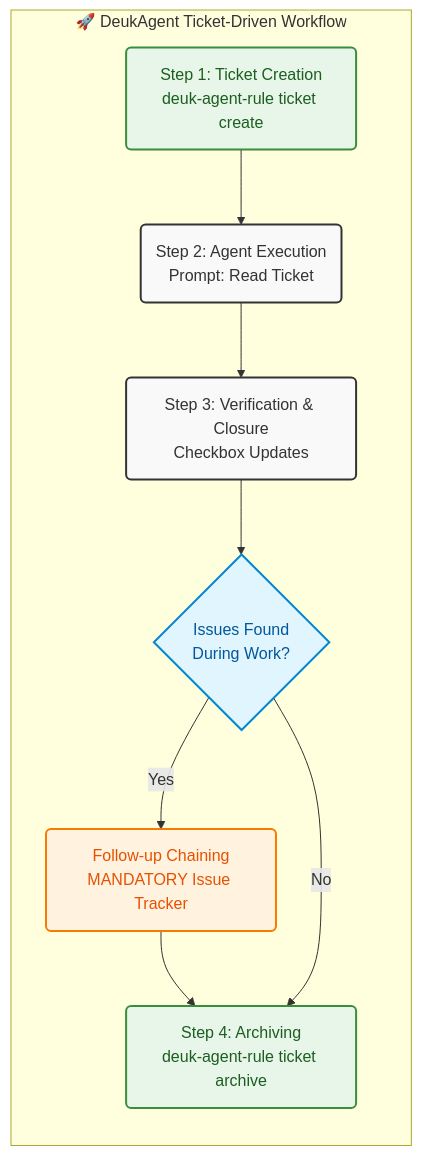
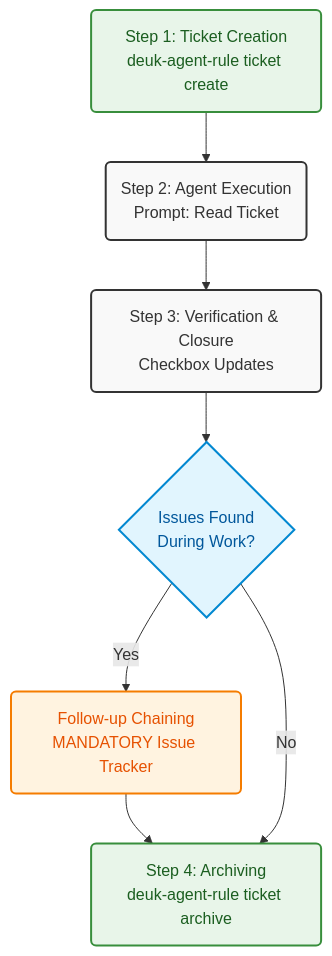
The diagram in README.ko.md (joygram/DeukAgentRules), drawn with Mermaid before and after one commit. The commit also changed 1 other file, not shown here.

Commit message:
docs: remove flowchart and subgraph for mermaid v8.8.0 backward compatibility

````diff
--- a/README.ko.md
+++ b/README.ko.md
@@ -86,19 +86,16 @@
 ```mermaid
-flowchart TD
+graph TD
     classDef phase fill:#f9f9f9,stroke:#333,stroke-width:2px,color:#333;
     classDef decision fill:#e1f5fe,stroke:#0288d1,stroke-width:2px,color:#01579b;
     classDef action fill:#e8f5e9,stroke:#388e3c,stroke-width:2px,color:#1b5e20;
     classDef highlight fill:#fff3e0,stroke:#f57c00,stroke-width:2px,color:#e65100;
 
-    subgraph TDD [🚀 DeukAgent Ticket-Driven Workflow]
-        direction TB
-        A(Step 1: Ticket Creation<br>deuk-agent-rule ticket create):::action --> B(Step 2: Agent Execution<br>Prompt: Read Ticket):::phase
-        B --> C(Step 3: Verification & Closure<br>Checkbox Updates):::phase
-        
-        C --> D{Issues Found<br>During Work?}:::decision
-        
-        D -->|Yes| E(Follow-up Chaining<br>MANDATORY Issue Tracker):::highlight
-        E --> F(Step 4: Archiving<br>deuk-agent-rule ticket archive):::action
-        D -->|No| F
-    end
+    A(Step 1: Ticket Creation<br>deuk-agent-rule ticket create):::action --> B(Step 2: Agent Execution<br>Prompt: Read Ticket):::phase
+    B --> C(Step 3: Verification & Closure<br>Checkbox Updates):::phase
+    
+    C --> D{Issues Found<br>During Work?}:::decision
+    
+    D -->|Yes| E(Follow-up Chaining<br>MANDATORY Issue Tracker):::highlight
+    E --> F(Step 4: Archiving<br>deuk-agent-rule ticket archive):::action
+    D -->|No| F
 ```
````
